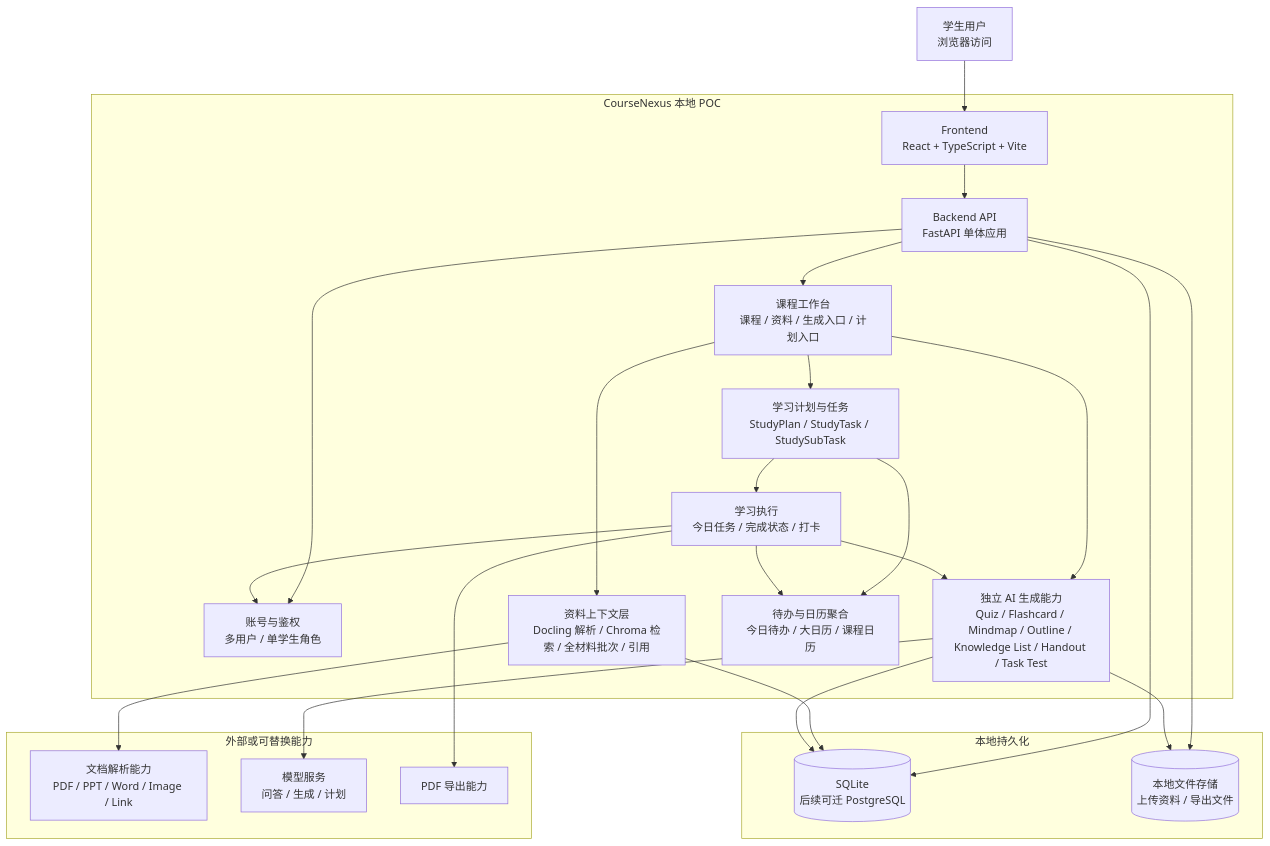
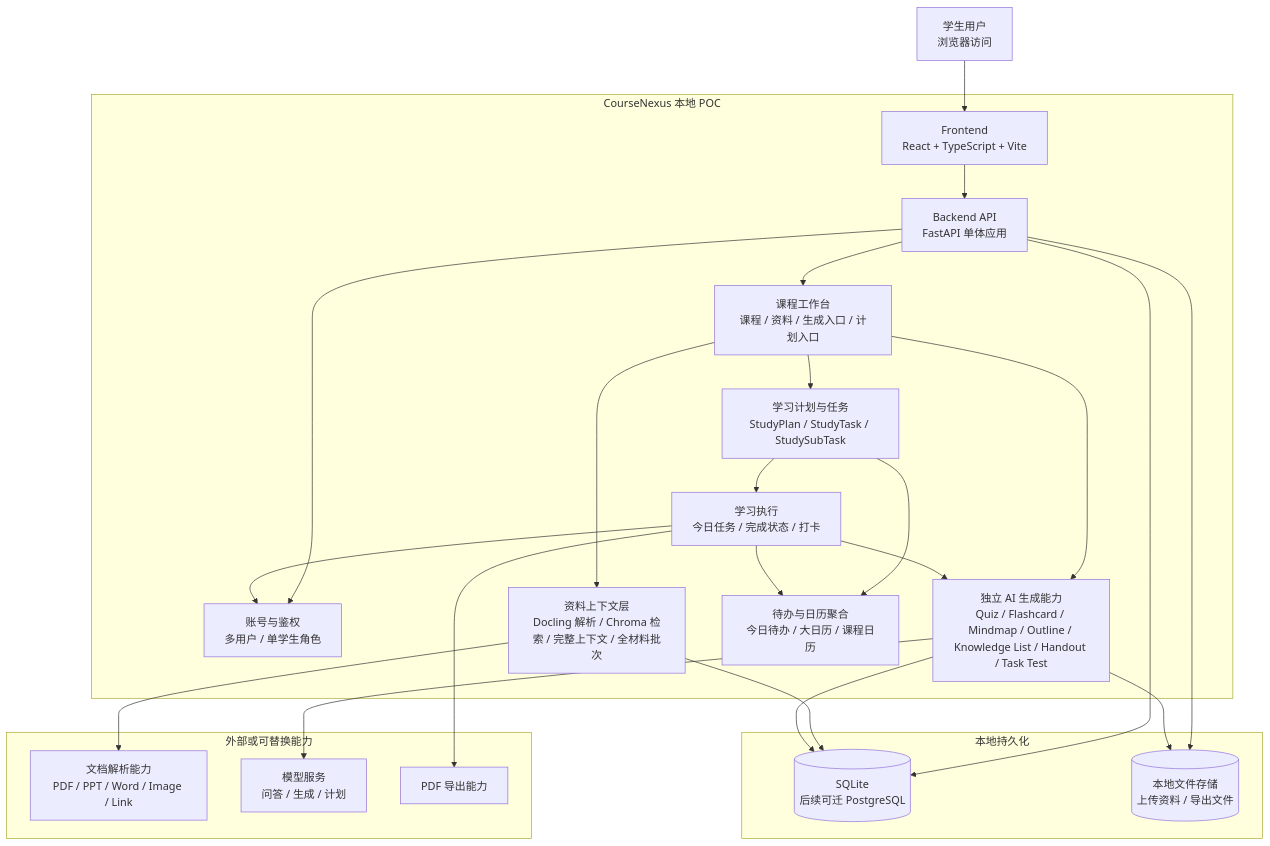
One commit to cyruan815/CourseNexus changed the diagram in docs/architecture/overview.md. Above: the diagram before and after it, drawn with Mermaid. The commit also changed other lines of this file and 12 other files, not shown here.

````diff
--- a/docs/architecture/overview.md
+++ b/docs/architecture/overview.md
@@ -40,49 +40,49 @@
 ```mermaid
 flowchart TB
     STUDENT["学生用户<br/>浏览器访问"]
 
     subgraph APP["CourseNexus 本地 POC"]
         FE["Frontend<br/>React + TypeScript + Vite"]
         API["Backend API<br/>FastAPI 单体应用"]
         AUTH["账号与鉴权<br/>多用户 / 单学生角色"]
         COURSE["课程工作台<br/>课程 / 资料 / 生成入口 / 计划入口"]
-    CTX["资料上下文层<br/>Docling 解析 / Chroma 检索 / 全材料批次 / 引用"]
+    CTX["资料上下文层<br/>Docling 解析 / Chroma 检索 / 完整上下文 / 全材料批次"]
         GEN["独立 AI 生成能力<br/>Quiz / Flashcard / Mindmap / Outline / Knowledge List / Handout / Task Test"]
         PLAN["学习计划与任务<br/>StudyPlan / StudyTask / StudySubTask"]
         CAL["待办与日历聚合<br/>今日待办 / 大日历 / 课程日历"]
         EXEC["学习执行<br/>今日任务 / 完成状态 / 打卡"]
     end
 
     subgraph STORE["本地持久化"]
         DB[("SQLite<br/>后续可迁 PostgreSQL")]
         FILES[("本地文件存储<br/>上传资料 / 导出文件")]
     end
 
     subgraph EXT["外部或可替换能力"]
         PARSER["文档解析能力<br/>PDF / PPT / Word / Image / Link"]
         LLM["模型服务<br/>问答 / 生成 / 计划"]
         PDF["PDF 导出能力"]
     end
 
     STUDENT --> FE
     FE --> API
     API --> AUTH
     API --> COURSE
     COURSE --> CTX
     COURSE --> GEN
     COURSE --> PLAN
     PLAN --> CAL
     PLAN --> EXEC
     EXEC --> GEN
     EXEC --> CAL
     EXEC --> AUTH
 
     API --> DB
     API --> FILES
     CTX --> PARSER
     CTX --> DB
     GEN --> LLM
     GEN --> DB
     GEN --> FILES
     EXEC --> PDF
 ```
````
